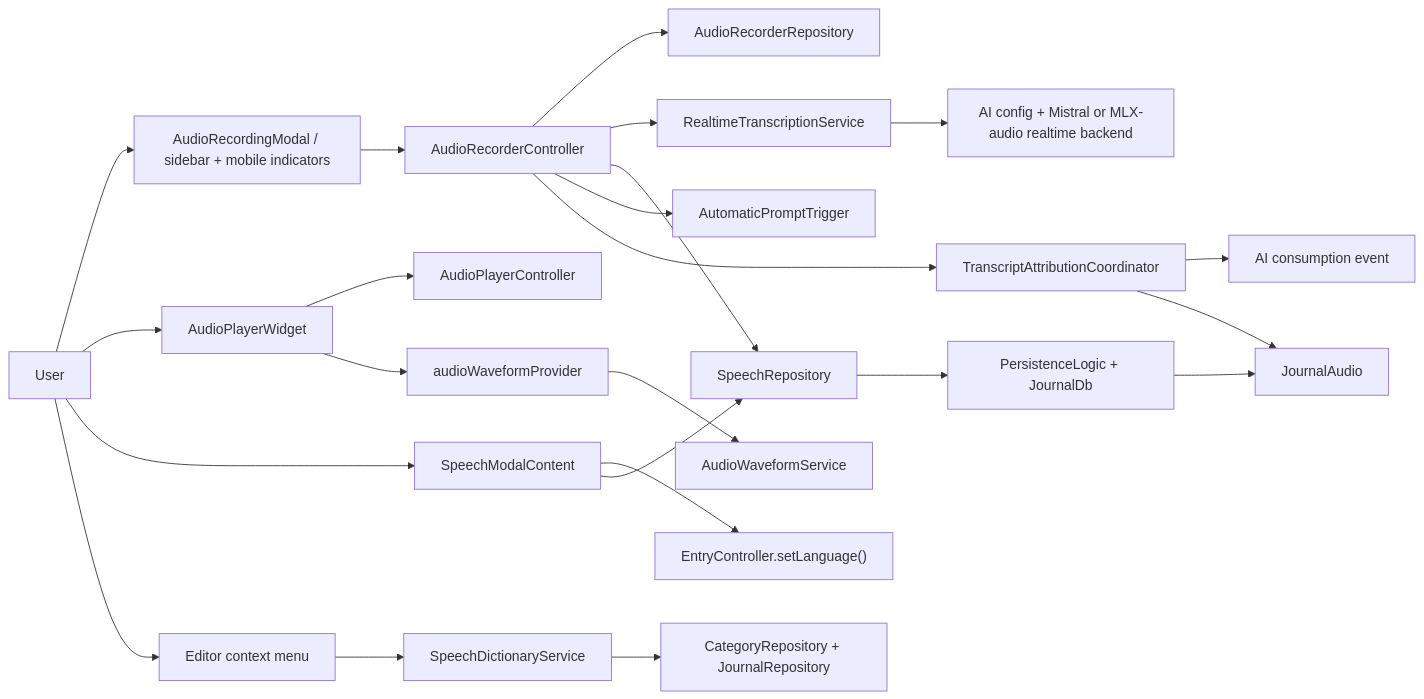
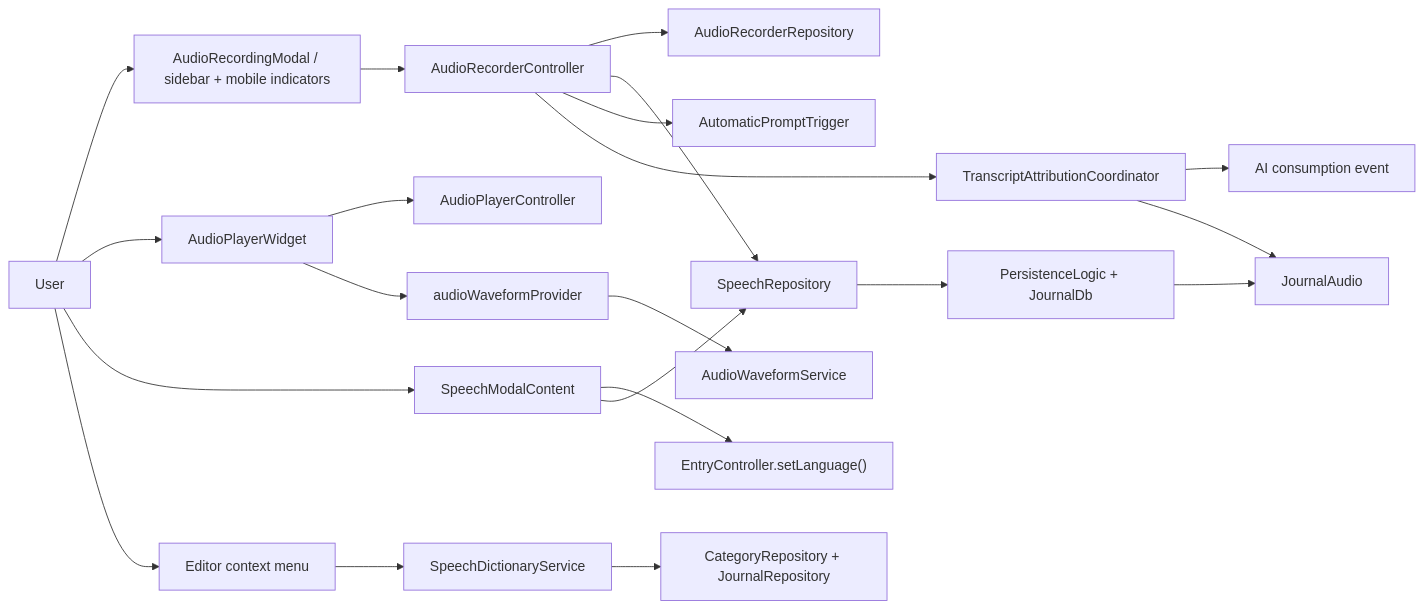
Before and after one commit to matthiasn/lotti: the first of 4 diagrams in lib/features/speech/README.md, drawn with Mermaid. The commit also changed other lines of this file and 202 other files, not shown here.

Commit message:
feat: batch-first day audio capture with durable processing and Activity timeline (#3533)

````diff
--- a/lib/features/speech/README.md
+++ b/lib/features/speech/README.md
@@ -32,29 +32,27 @@
 ```mermaid
 flowchart LR
   User["User"] --> RecordingUI["AudioRecordingModal / sidebar + mobile indicators"]
   User --> PlaybackUI["AudioPlayerWidget"]
   User --> TranscriptUI["SpeechModalContent"]
   User --> EditorUI["Editor context menu"]
 
   RecordingUI --> RecorderCtl["AudioRecorderController"]
   RecorderCtl --> RecorderRepo["AudioRecorderRepository"]
-  RecorderCtl --> RtTx["RealtimeTranscriptionService"]
   RecorderCtl --> SpeechRepo["SpeechRepository"]
   RecorderCtl --> AutoPrompt["AutomaticPromptTrigger"]
   RecorderCtl --> Attribution["TranscriptAttributionCoordinator"]
   Attribution --> Consumption["AI consumption event"]
 
   PlaybackUI --> PlayerCtl["AudioPlayerController"]
   PlaybackUI --> WaveformProvider["audioWaveformProvider"]
   WaveformProvider --> WaveformSvc["AudioWaveformService"]
 
   TranscriptUI --> EntryCtl["EntryController.setLanguage()"]
   TranscriptUI --> SpeechRepo
   EditorUI --> DictSvc["SpeechDictionaryService"]
 
   SpeechRepo --> Persist["PersistenceLogic + JournalDb"]
   DictSvc --> CategoryRepo["CategoryRepository + JournalRepository"]
-  RtTx --> AiConfig["AI config + Mistral or MLX-audio realtime backend"]
   Persist --> JournalAudio["JournalAudio"]
   Attribution --> JournalAudio
 ```
````
